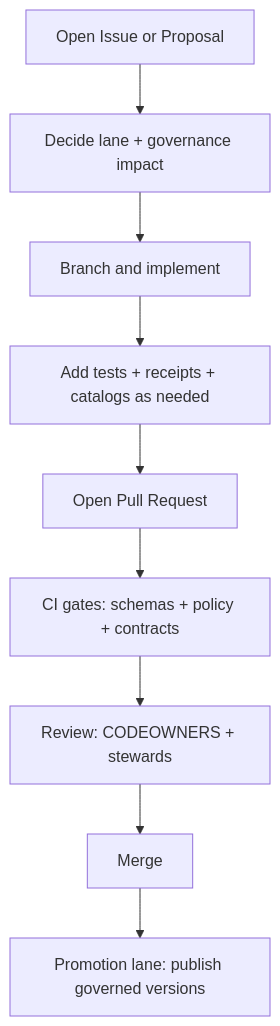
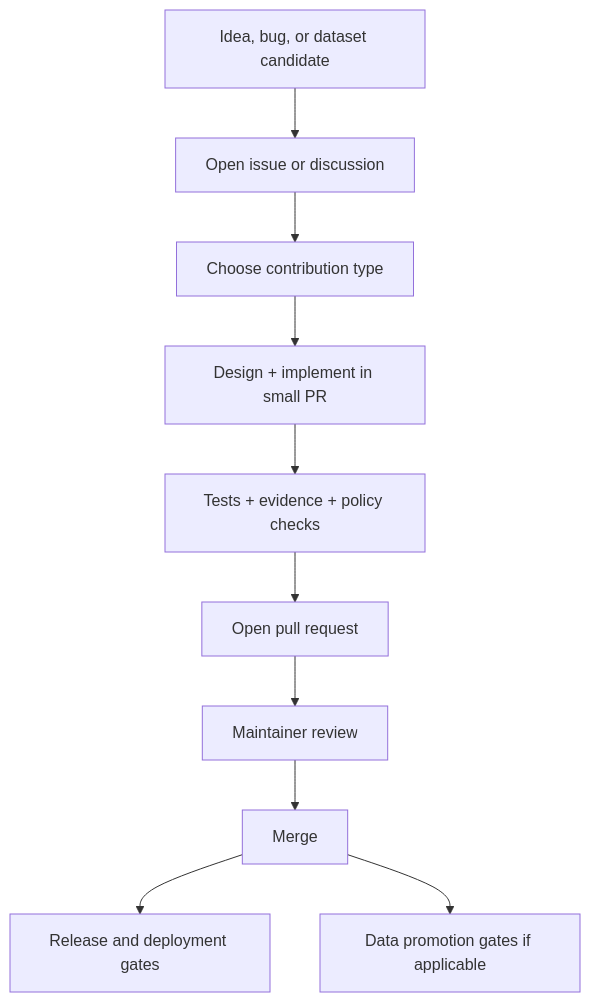
One commit to bartytime4life/Kansas-Frontier-Matrix changed the diagram in CONTRIBUTING.md. Above: the diagram before and after it, drawn with Mermaid. The commit also changed other lines of this file, not shown here.

First line of the commit message:
Revise CONTRIBUTING.md for clarity and governance

````diff
--- a/CONTRIBUTING.md
+++ b/CONTRIBUTING.md
@@ -94,11 +98,12 @@
-~~~mermaid
+```mermaid
 flowchart TD
-  A[Open Issue or Proposal] --> B[Decide lane + governance impact]
-  B --> C[Branch and implement]
-  C --> D[Add tests + receipts + catalogs as needed]
-  D --> E[Open Pull Request]
-  E --> F[CI gates: schemas + policy + contracts]
-  F --> G[Review: CODEOWNERS + stewards]
+  A[Idea, bug, or dataset candidate] --> B[Open issue or discussion]
+  B --> C[Choose contribution type]
+  C --> D[Design + implement in small PR]
+  D --> E[Tests + evidence + policy checks]
+  E --> F[Open pull request]
+  F --> G[Maintainer review]
   G --> H[Merge]
-  H --> I[Promotion lane: publish governed versions]
-~~~
+  H --> I[Release and deployment gates]
+  H --> J[Data promotion gates if applicable]
+```
````
